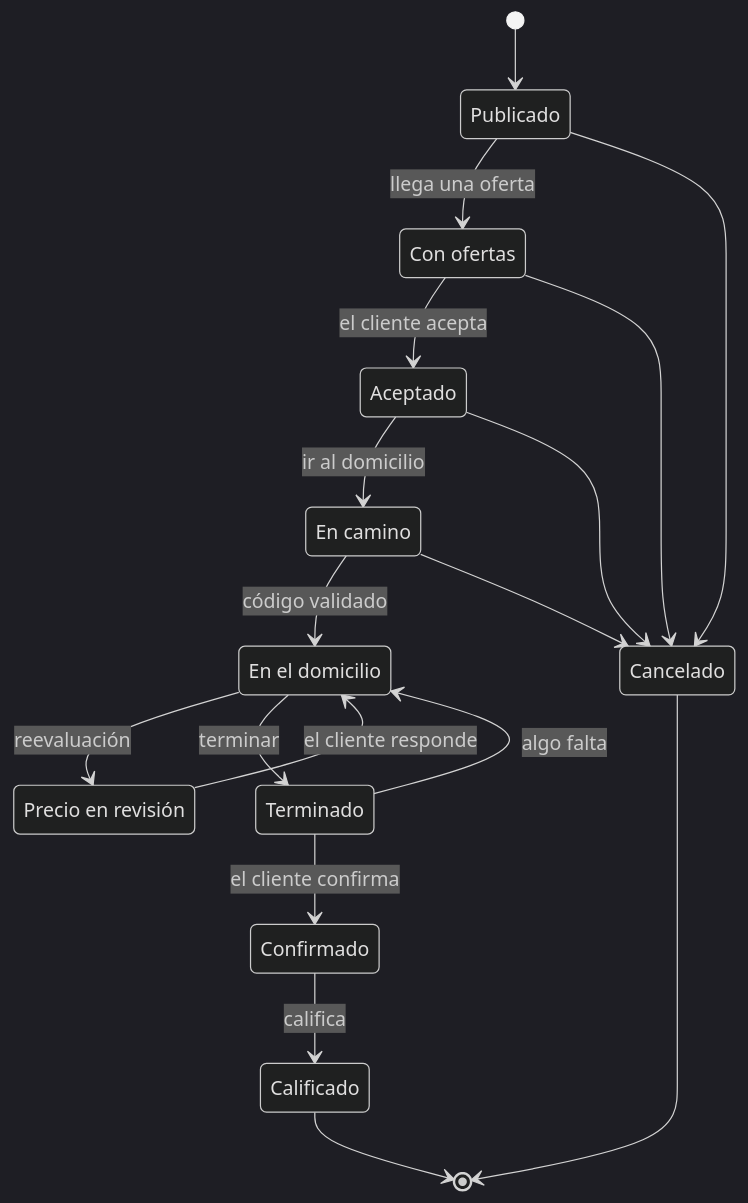
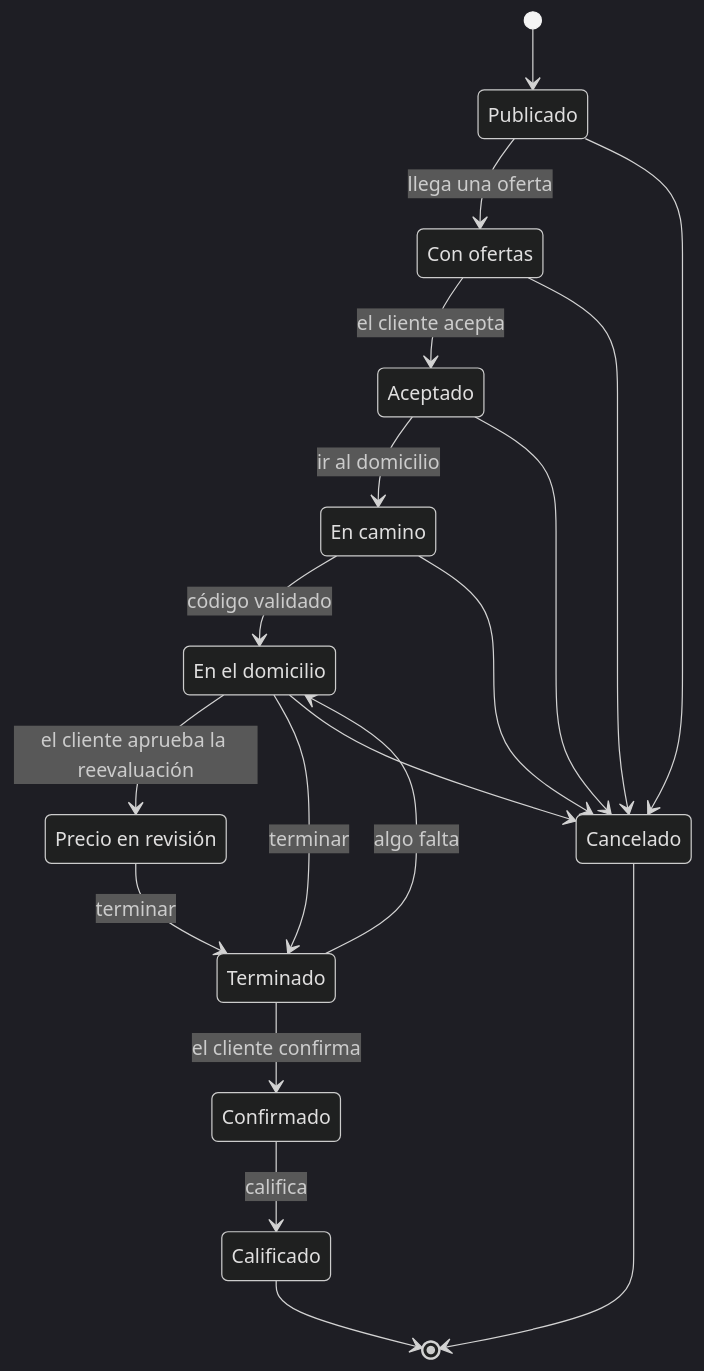
The second of 5 diagrams in docs/flujos.md (holdingidn4-blip/CERQUITA), drawn with Mermaid (dark theme) before and after one commit. The commit also changed 6 other files, not shown here.

First line of the commit message:
docs: add project context for future sessions (CLAUDE.md, business rules, status, roadmap)

````diff
--- a/docs/flujos.md
+++ b/docs/flujos.md
@@ -31,30 +31,31 @@
 ```mermaid
 stateDiagram-v2
   state "Publicado" as published
   state "Con ofertas" as with_offers
   state "Aceptado" as accepted
   state "En camino" as on_the_way
   state "En el domicilio" as at_home
   state "Precio en revisión" as price_renegotiated
   state "Terminado" as finished
   state "Confirmado" as confirmed
   state "Calificado" as rated
   state "Cancelado" as cancelled
   [*] --> published
   published --> with_offers: llega una oferta
   with_offers --> accepted: el cliente acepta
   accepted --> on_the_way: ir al domicilio
   on_the_way --> at_home: código validado
-  at_home --> price_renegotiated: reevaluación
-  price_renegotiated --> at_home: el cliente responde
+  at_home --> price_renegotiated: el cliente aprueba la reevaluación
+  price_renegotiated --> finished: terminar
   at_home --> finished: terminar
   finished --> at_home: algo falta
   finished --> confirmed: el cliente confirma
   confirmed --> rated: califica
   published --> cancelled
   with_offers --> cancelled
   accepted --> cancelled
   on_the_way --> cancelled
+  at_home --> cancelled
   rated --> [*]
   cancelled --> [*]
 ```
````
